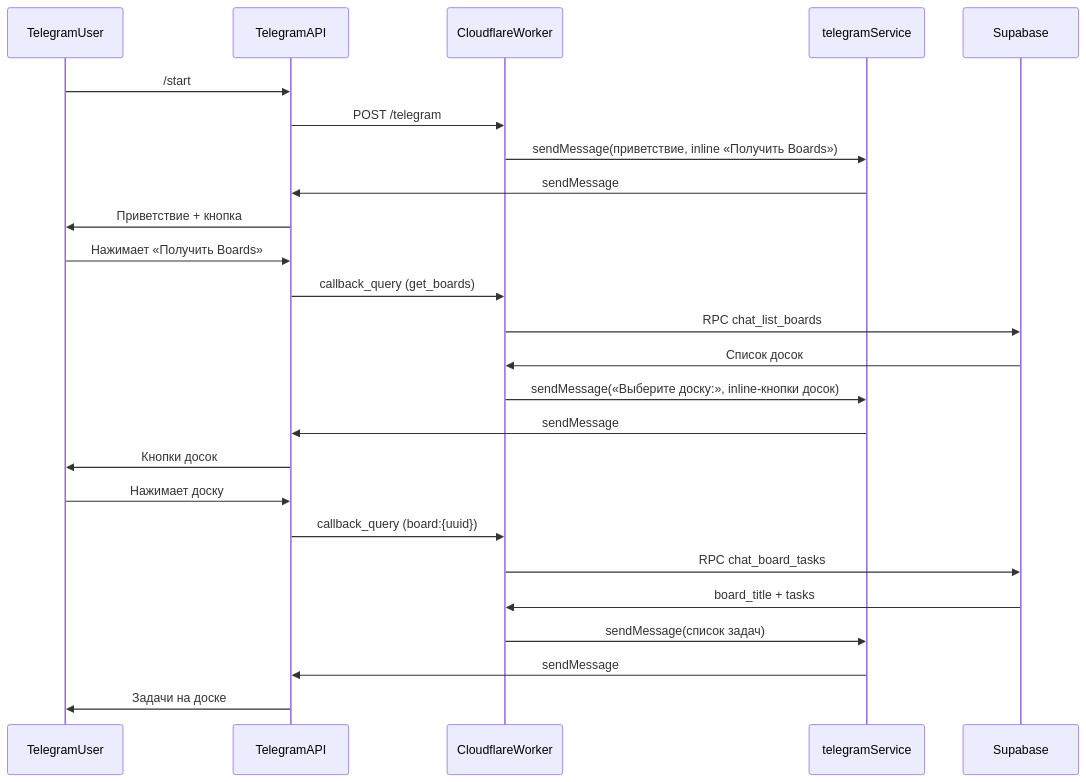
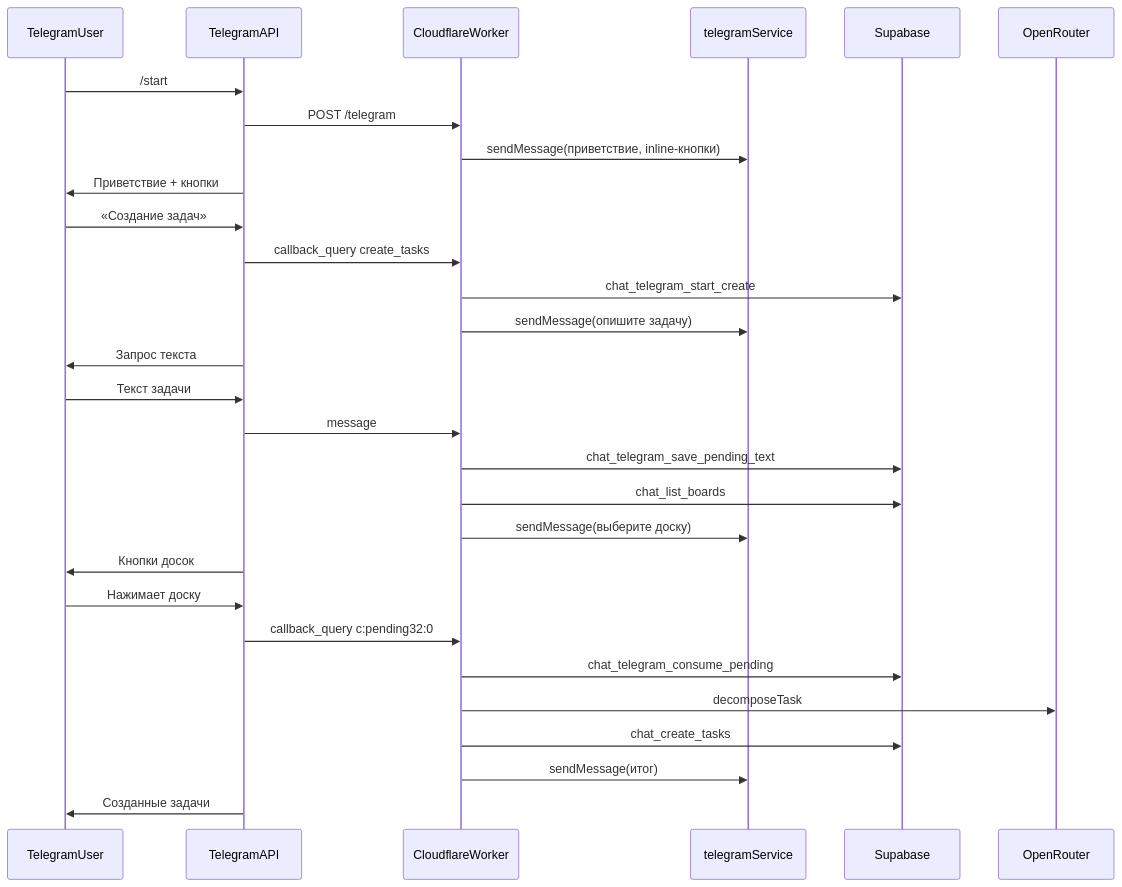
The diagram in docs/commit-telegram-bot.md (5390by-eng/backend), drawn with Mermaid before and after one commit. The commit also changed other lines of this file and 6 other files, not shown here.

First line of the commit message:
Добавлен сценарий «Создание задач» в Telegram-боте с отложенным выбором доски.

````diff
--- a/docs/commit-telegram-bot.md
+++ b/docs/commit-telegram-bot.md
@@ -40,30 +91,35 @@
 ```mermaid
 sequenceDiagram
     participant User as TelegramUser
     participant TG as TelegramAPI
     participant Worker as CloudflareWorker
     participant Service as telegramService
     participant Supabase as Supabase
+    participant OpenRouter as OpenRouter
 
     User->>TG: /start
     TG->>Worker: POST /telegram
-    Worker->>Service: sendMessage(приветствие, inline «Получить Boards»)
-    Service->>TG: sendMessage
-    TG->>User: Приветствие + кнопка
+    Worker->>Service: sendMessage(приветствие, inline-кнопки)
+    TG->>User: Приветствие + кнопки
 
-    User->>TG: Нажимает «Получить Boards»
-    TG->>Worker: callback_query (get_boards)
-    Worker->>Supabase: RPC chat_list_boards
-    Supabase->>Worker: Список досок
-    Worker->>Service: sendMessage(«Выберите доску:», inline-кнопки досок)
-    Service->>TG: sendMessage
+    User->>TG: «Создание задач»
+    TG->>Worker: callback_query create_tasks
+    Worker->>Supabase: chat_telegram_start_create
+    Worker->>Service: sendMessage(опишите задачу)
+    TG->>User: Запрос текста
+
+    User->>TG: Текст задачи
+    TG->>Worker: message
+    Worker->>Supabase: chat_telegram_save_pending_text
+    Worker->>Supabase: chat_list_boards
+    Worker->>Service: sendMessage(выберите доску)
     TG->>User: Кнопки досок
 
     User->>TG: Нажимает доску
-    TG->>Worker: callback_query (board:{uuid})
-    Worker->>Supabase: RPC chat_board_tasks
-    Supabase->>Worker: board_title + tasks
-    Worker->>Service: sendMessage(список задач)
-    Service->>TG: sendMessage
-    TG->>User: Задачи на доске
+    TG->>Worker: callback_query c:pending32:0
+    Worker->>Supabase: chat_telegram_consume_pending
+    Worker->>OpenRouter: decomposeTask
+    Worker->>Supabase: chat_create_tasks
+    Worker->>Service: sendMessage(итог)
+    TG->>User: Созданные задачи
 ```
````
